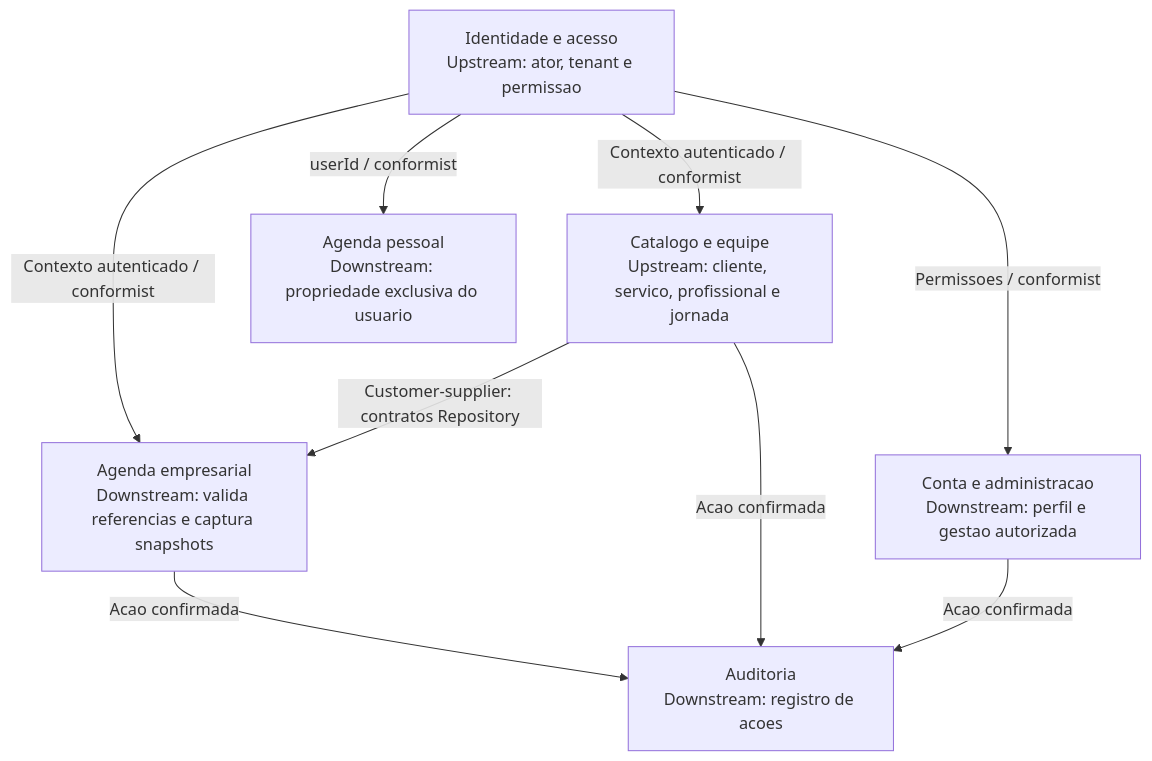
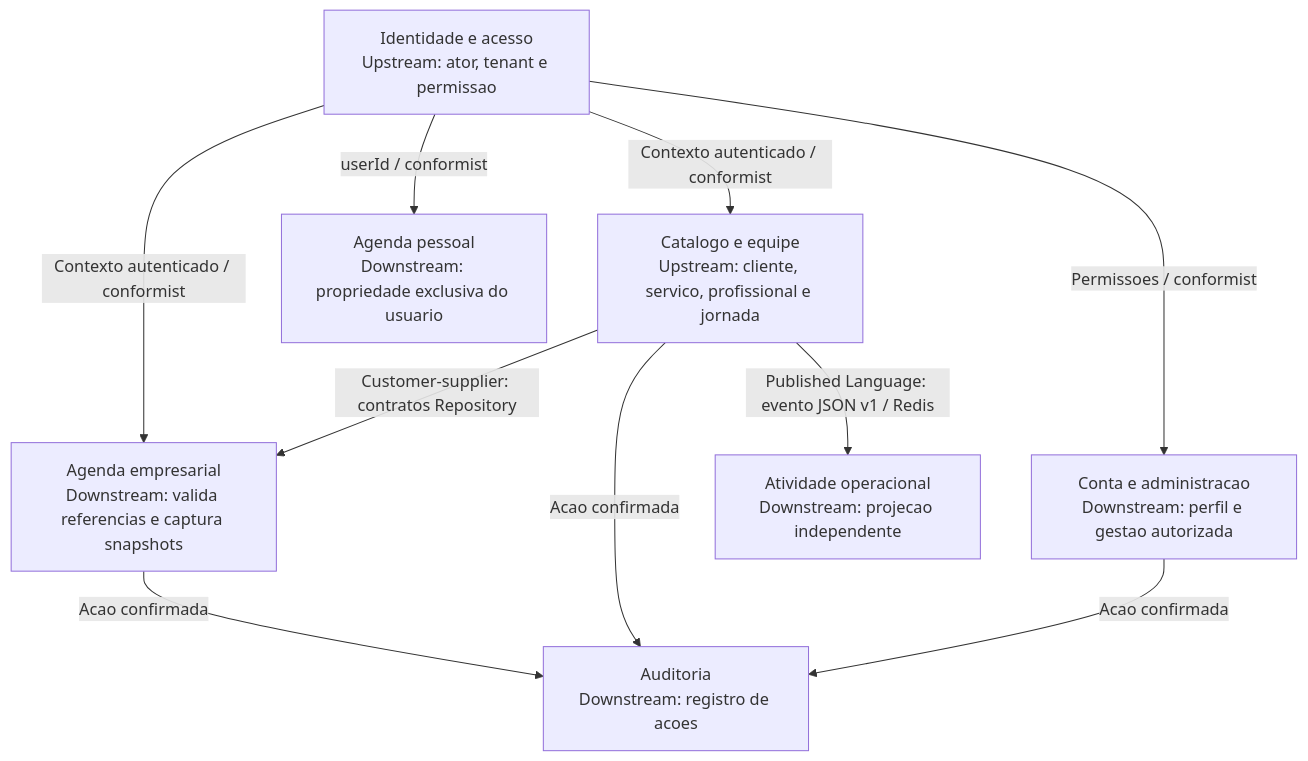
Before and after one commit to Luizbc2/Schedra: the first of 2 diagrams in docs/architecture/DDD.md, drawn with Mermaid. The commit also changed other lines of this file and 12 other files, not shown here.

````diff
--- a/docs/architecture/DDD.md
+++ b/docs/architecture/DDD.md
@@ -20,17 +21,19 @@
 ```mermaid
 flowchart TB
   Identity["Identidade e acesso\nUpstream: ator, tenant e permissao"]
   Catalog["Catalogo e equipe\nUpstream: cliente, servico, profissional e jornada"]
   Scheduling["Agenda empresarial\nDownstream: valida referencias e captura snapshots"]
   Personal["Agenda pessoal\nDownstream: propriedade exclusiva do usuario"]
   Account["Conta e administracao\nDownstream: perfil e gestao autorizada"]
   Audit["Auditoria\nDownstream: registro de acoes"]
+  Activity["Atividade operacional\nDownstream: projecao independente"]
   Identity -->|"Contexto autenticado / conformist"| Catalog
   Identity -->|"Contexto autenticado / conformist"| Scheduling
   Identity -->|"userId / conformist"| Personal
   Identity -->|"Permissoes / conformist"| Account
   Catalog -->|"Customer-supplier: contratos Repository"| Scheduling
   Scheduling -->|"Acao confirmada"| Audit
   Catalog -->|"Acao confirmada"| Audit
   Account -->|"Acao confirmada"| Audit
+  Catalog -->|"Published Language: evento JSON v1 / Redis"| Activity
 ```
````
